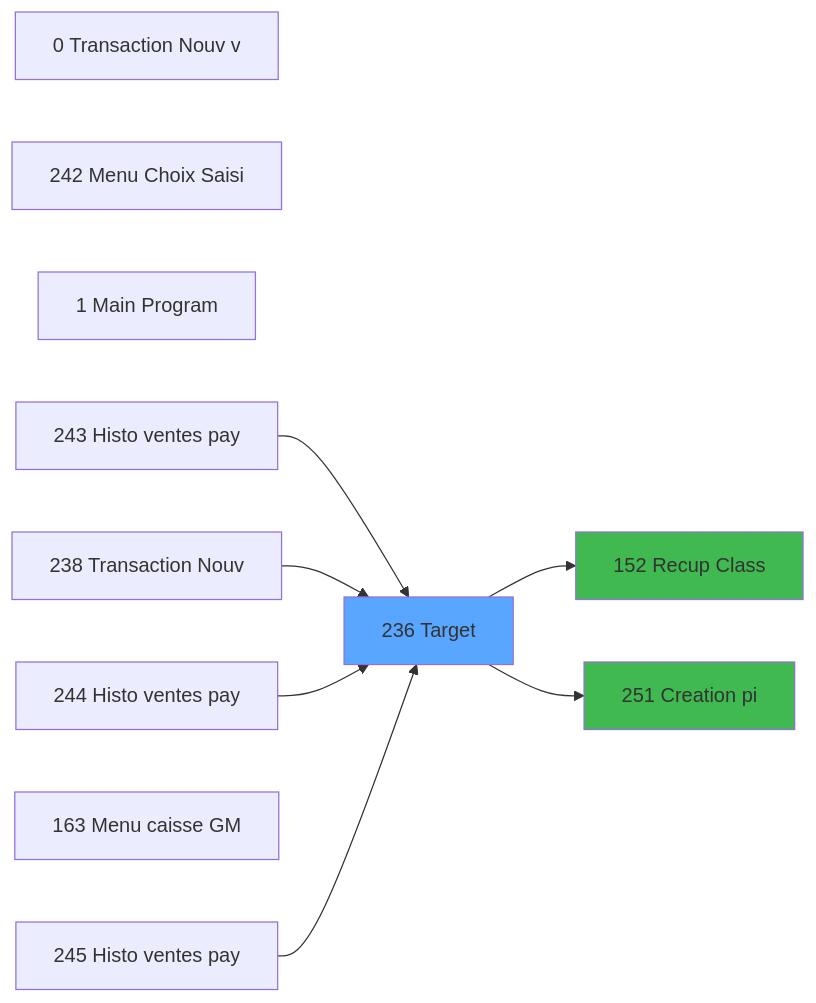
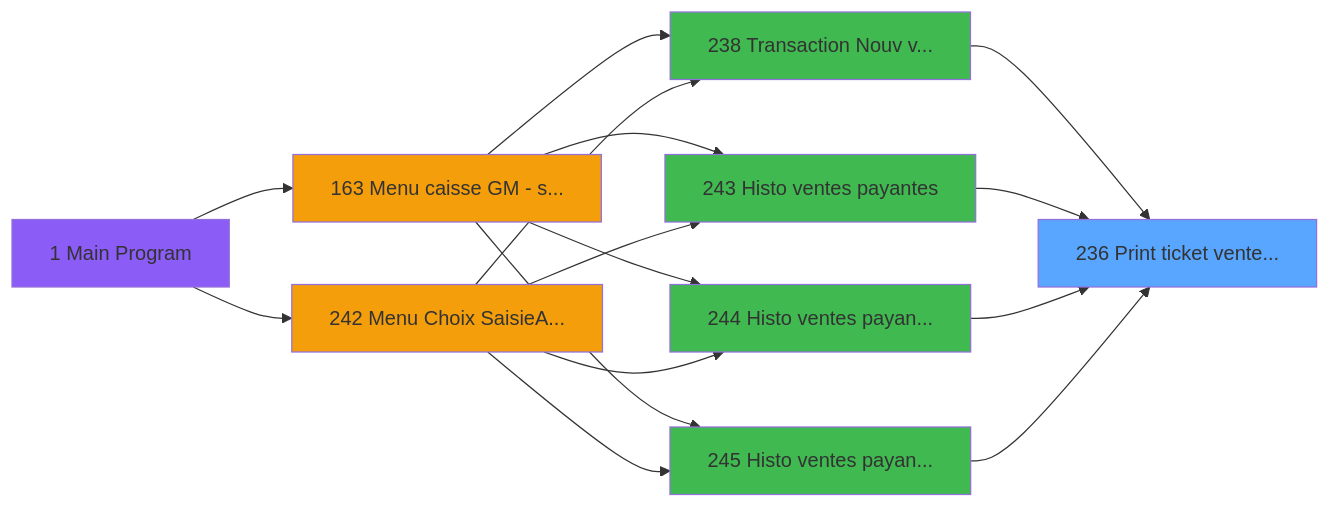
One commit to thonyAGP/lecteur-magic changed the first of 2 diagrams in .openspec/specs/ADH-IDE-236.md. Above: the diagram before and after it, drawn with Mermaid. The commit also changed other lines of this file and 9 other files, not shown here.

````diff
--- a/.openspec/specs/ADH-IDE-236.md
+++ b/.openspec/specs/ADH-IDE-236.md
@@ -201,25 +204,33 @@
 ```mermaid
 graph LR
-    T236[236 Target]
+    T236[236 Print ticket vente...]
     style T236 fill:#58a6ff
-    N0[0 Transaction Nouv v]
-    N242[242 Menu Choix Saisi]
-    N0[0 Transaction Nouv v]
-    N1[1 Main Program]
-    N0[0 Transaction Nouv v]
-    N243[243 Histo ventes pay]
-    N243 --> T236
-    N238[238 Transaction Nouv]
-    N238 --> T236
-    N244[244 Histo ventes pay]
-    N244 --> T236
-    N163[163 Menu caisse GM  ]
-    N245[245 Histo ventes pay]
-    N245 --> T236
-    C152[152 Recup Class]
-    T236 --> C152
-    style C152 fill:#3fb950
-    C251[251 Creation pi]
-    T236 --> C251
-    style C251 fill:#3fb950
+    CC1[1 Main Program]
+    style CC1 fill:#8b5cf6
+    CC242[242 Menu Choix SaisieA...]
+    style CC242 fill:#f59e0b
+    CC163[163 Menu caisse GM - s...]
+    style CC163 fill:#f59e0b
+    CC238[238 Transaction Nouv v...]
+    style CC238 fill:#3fb950
+    CC243[243 Histo ventes payantes]
+    style CC243 fill:#3fb950
+    CC244[244 Histo ventes payan...]
+    style CC244 fill:#3fb950
+    CC245[245 Histo ventes payan...]
+    style CC245 fill:#3fb950
+    CC163 --> CC238
+    CC242 --> CC238
+    CC163 --> CC243
+    CC242 --> CC243
+    CC163 --> CC244
+    CC242 --> CC244
+    CC163 --> CC245
+    CC242 --> CC245
+    CC1 --> CC163
+    CC1 --> CC242
+    CC238 --> T236
+    CC243 --> T236
+    CC244 --> T236
+    CC245 --> T236
 ```
````
